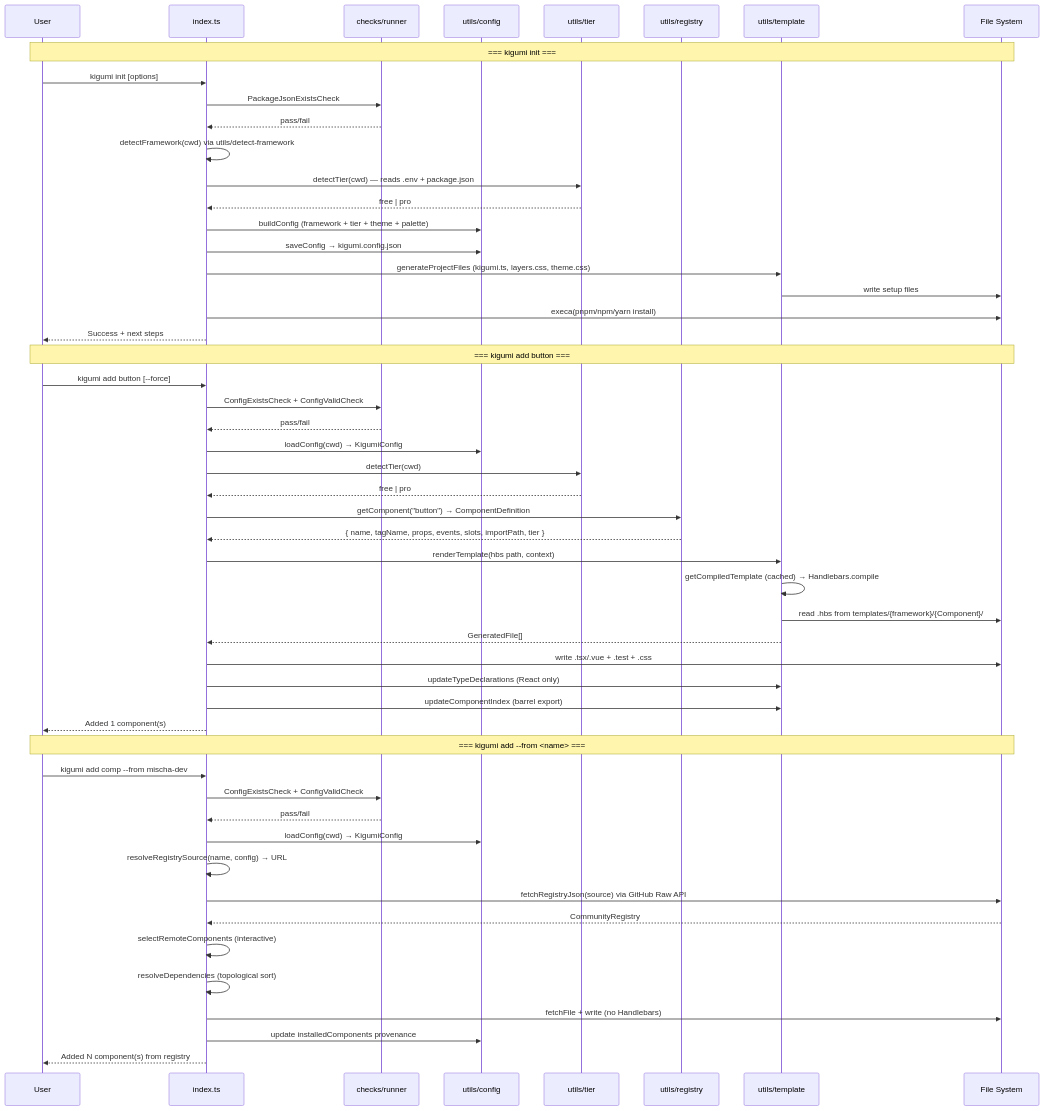
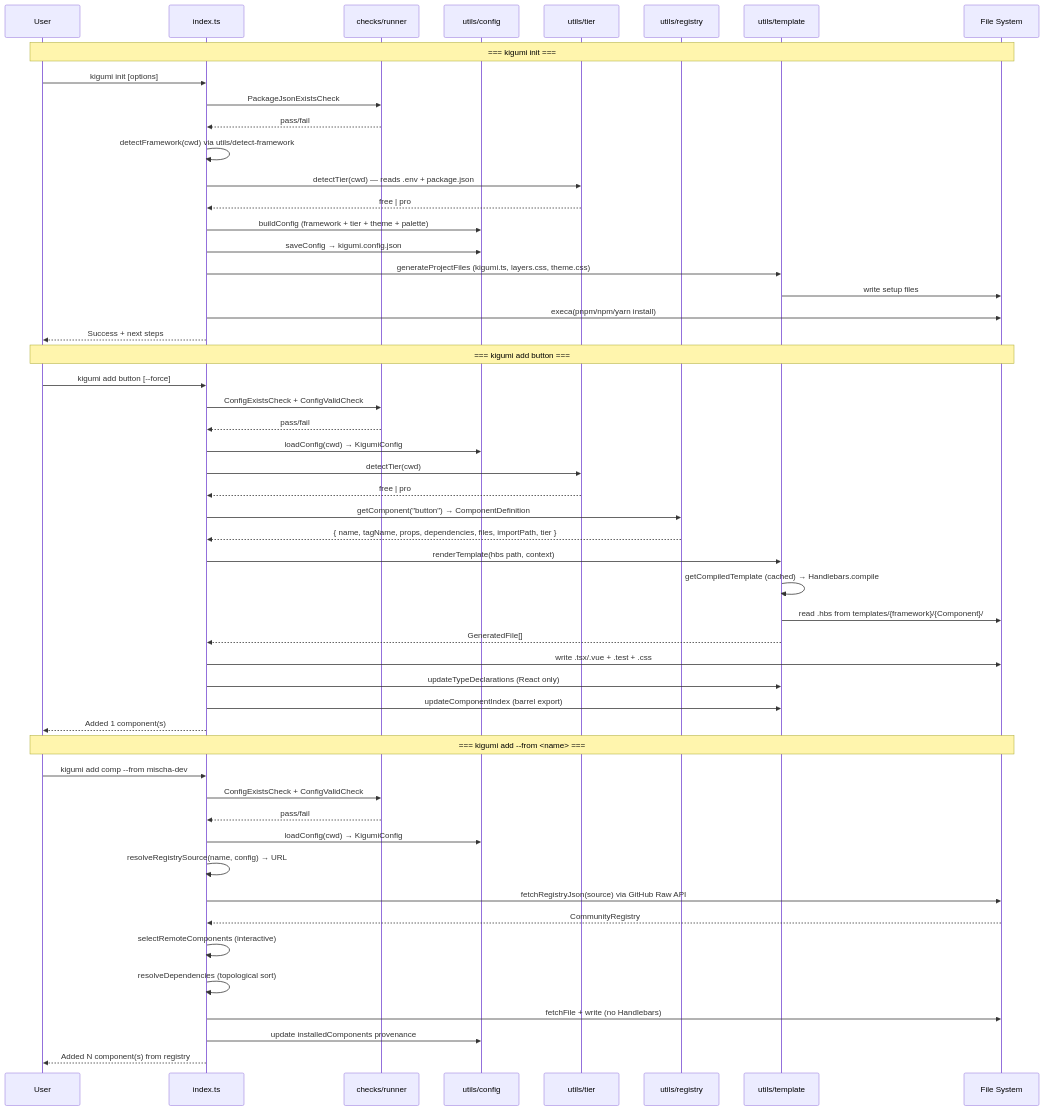
Before and after one commit to kigumi-ui/kigumi-cli: the second of 4 diagrams in AGENTS.md, drawn with Mermaid. The commit also changed other lines of this file and 10 other files, not shown here.

````diff
--- a/AGENTS.md
+++ b/AGENTS.md
@@ -497,57 +497,57 @@
 ```mermaid
 sequenceDiagram
     participant User
     participant CLI as index.ts
     participant Checks as checks/runner
     participant Config as utils/config
     participant Tier as utils/tier
     participant Reg as utils/registry
     participant Tpl as utils/template
     participant FS as File System
 
     Note over User,FS: === kigumi init ===
     User->>CLI: kigumi init [options]
     CLI->>Checks: PackageJsonExistsCheck
     Checks-->>CLI: pass/fail
     CLI->>CLI: detectFramework(cwd) via utils/detect-framework
     CLI->>Tier: detectTier(cwd) — reads .env + package.json
     Tier-->>CLI: free | pro
     CLI->>Config: buildConfig (framework + tier + theme + palette)
     CLI->>Config: saveConfig → kigumi.config.json
     CLI->>Tpl: generateProjectFiles (kigumi.ts, layers.css, theme.css)
     Tpl->>FS: write setup files
     CLI->>FS: execa(pnpm/npm/yarn install)
     CLI-->>User: Success + next steps
 
     Note over User,FS: === kigumi add button ===
     User->>CLI: kigumi add button [--force]
     CLI->>Checks: ConfigExistsCheck + ConfigValidCheck
     Checks-->>CLI: pass/fail
     CLI->>Config: loadConfig(cwd) → KigumiConfig
     CLI->>Tier: detectTier(cwd)
     Tier-->>CLI: free | pro
     CLI->>Reg: getComponent("button") → ComponentDefinition
-    Reg-->>CLI: { name, tagName, props, events, slots, importPath, tier }
+    Reg-->>CLI: { name, tagName, props, dependencies, files, importPath, tier }
     CLI->>Tpl: renderTemplate(hbs path, context)
     Tpl->>Tpl: getCompiledTemplate (cached) → Handlebars.compile
     Tpl->>FS: read .hbs from templates/{framework}/{Component}/
     Tpl-->>CLI: GeneratedFile[]
     CLI->>FS: write .tsx/.vue + .test + .css
     CLI->>Tpl: updateTypeDeclarations (React only)
     CLI->>Tpl: updateComponentIndex (barrel export)
     CLI-->>User: Added 1 component(s)
 
     Note over User,FS: === kigumi add --from <name> ===
     User->>CLI: kigumi add comp --from mischa-dev
     CLI->>Checks: ConfigExistsCheck + ConfigValidCheck
     Checks-->>CLI: pass/fail
     CLI->>Config: loadConfig(cwd) → KigumiConfig
     CLI->>CLI: resolveRegistrySource(name, config) → URL
     CLI->>FS: fetchRegistryJson(source) via GitHub Raw API
     FS-->>CLI: CommunityRegistry
     CLI->>CLI: selectRemoteComponents (interactive)
     CLI->>CLI: resolveDependencies (topological sort)
     CLI->>FS: fetchFile + write (no Handlebars)
     CLI->>Config: update installedComponents provenance
     CLI-->>User: Added N component(s) from registry
 ```
````
